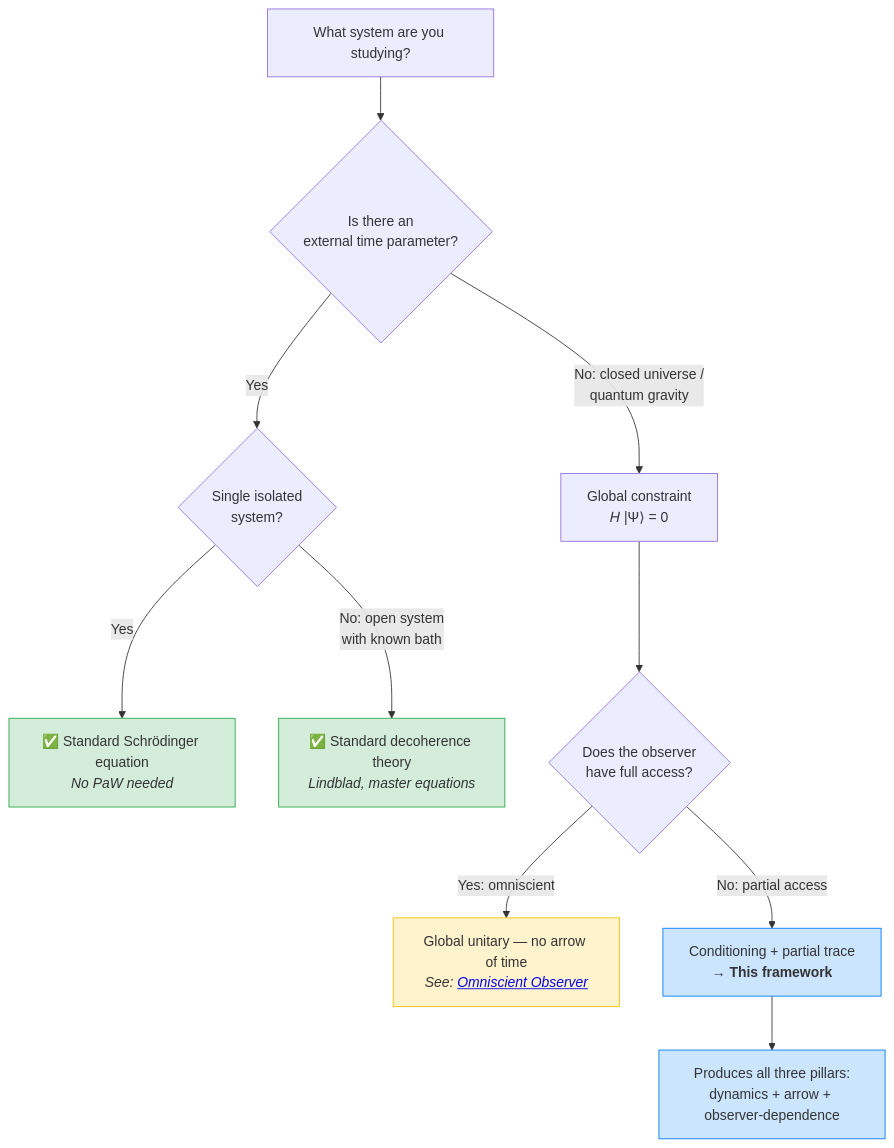
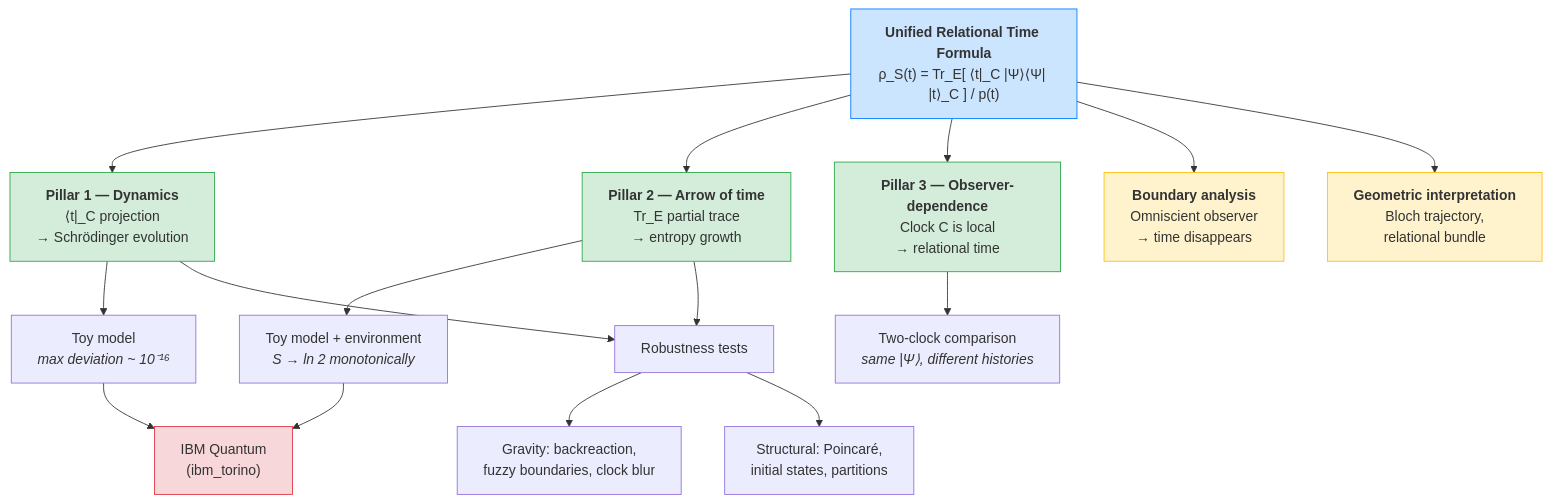
The diagram in README.md (gabgiani/paw-toymodel), drawn with Mermaid before and after one commit. The commit also changed other lines of this file, not shown here.

Commit message:
Replace decision tree with conceptual map of the framework
Shows how the formula connects to the three pillars, their numerical
validations, robustness tests, IBM hardware confirmation, boundary
analysis, and geometric interpretation.

````diff
--- a/README.md
+++ b/README.md
@@ -25,18 +25,32 @@
 ```mermaid
 flowchart TD
-    A["What system are you studying?"] --> B{"Is there an<br/>external time parameter?"}
-    B -- "Yes" --> C{"Single isolated<br/>system?"}
-    C -- "Yes" --> D["✅ Standard Schrödinger equation<br/><i>No PaW needed</i>"]
-    C -- "No: open system<br/>with known bath" --> E["✅ Standard decoherence theory<br/><i>Lindblad, master equations</i>"]
-    B -- "No: closed universe /<br/>quantum gravity" --> F["Global constraint<br/>𝐻 |Ψ⟩ = 0"]
-    F --> G{"Does the observer<br/>have full access?"}
-    G -- "Yes: omniscient" --> H["Global unitary — no arrow of time<br/><i>See: <a href='docs/GOD_OBSERVER.md'>Omniscient Observer</a></i>"]
-    G -- "No: partial access" --> I["Conditioning + partial trace<br/><b>→ This framework</b>"]
-    I --> J["Produces all three pillars:<br/>dynamics + arrow + observer-dependence"]
+    F["<b>Unified Relational Time Formula</b><br/>ρ_S(t) = Tr_E[ ⟨t|_C |Ψ⟩⟨Ψ| |t⟩_C ] / p(t)"]
 
-    style D fill:#d4edda,stroke:#28a745
-    style E fill:#d4edda,stroke:#28a745
-    style H fill:#fff3cd,stroke:#ffc107
-    style I fill:#cce5ff,stroke:#007bff
-    style J fill:#cce5ff,stroke:#007bff
+    F --> P1["<b>Pillar 1 — Dynamics</b><br/>⟨t|_C projection<br/>→ Schrödinger evolution"]
+    F --> P2["<b>Pillar 2 — Arrow of time</b><br/>Tr_E partial trace<br/>→ entropy growth"]
+    F --> P3["<b>Pillar 3 — Observer-dependence</b><br/>Clock C is local<br/>→ relational time"]
+
+    P1 --> V1["Toy model<br/><i>max deviation ~ 10⁻¹⁶</i>"]
+    P2 --> V2["Toy model + environment<br/><i>S → ln 2 monotonically</i>"]
+    P3 --> V3["Two-clock comparison<br/><i>same |Ψ⟩, different histories</i>"]
+
+    V1 --> QPU["IBM Quantum<br/>(ibm_torino)"]
+    V2 --> QPU
+
+    P1 --> R["Robustness tests"]
+    P2 --> R
+    R --> RG["Gravity: backreaction,<br/>fuzzy boundaries, clock blur"]
+    R --> RS["Structural: Poincaré,<br/>initial states, partitions"]
+
+    F --> GO["<b>Boundary analysis</b><br/>Omniscient observer<br/>→ time disappears"]
+
+    F --> GEO["<b>Geometric interpretation</b><br/>Bloch trajectory,<br/>relational bundle"]
+
+    style F fill:#cce5ff,stroke:#007bff
+    style P1 fill:#d4edda,stroke:#28a745
+    style P2 fill:#d4edda,stroke:#28a745
+    style P3 fill:#d4edda,stroke:#28a745
+    style QPU fill:#f8d7da,stroke:#dc3545
+    style GO fill:#fff3cd,stroke:#ffc107
+    style GEO fill:#fff3cd,stroke:#ffc107
 ```
````
